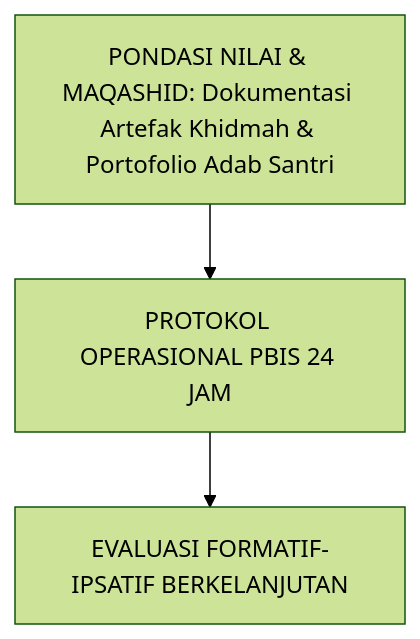
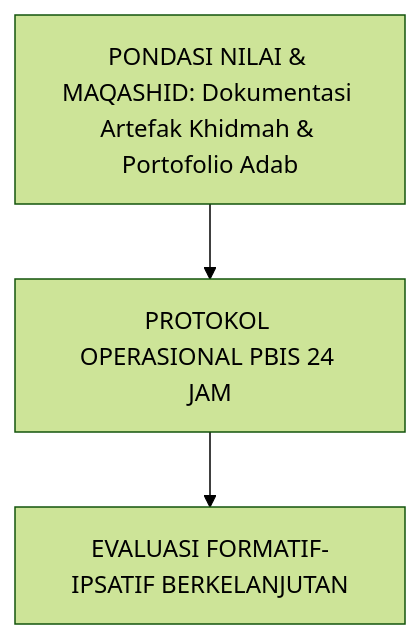
One commit to wandiapriliyandi/tumbuh changed diagram 30 of 32 in BOOK-SERIES/Volume-03/Buku-Volume-03-Sistem-Asesmen-Perkembangan-dan-Evaluasi-Berbasis-Bukti.md. Above: the diagram before and after it, drawn with Mermaid (forest theme). The commit also changed other lines of this file and 196 other files, not shown here.

````diff
--- a/BOOK-SERIES/Volume-03/Buku-Volume-03-Sistem-Asesmen-Perkembangan-dan-Evaluasi-Berbasis-Bukti.md
+++ b/BOOK-SERIES/Volume-03/Buku-Volume-03-Sistem-Asesmen-Perkembangan-dan-Evaluasi-Berbasis-Bukti.md
@@ -801,5 +970,5 @@
 ```mermaid
 graph TD
-    Tujuan["PONDASI NILAI & MAQASHID: Dokumentasi Artefak Khidmah & Portofolio Adab Santri"] --> Operasional["PROTOKOL OPERASIONAL PBIS 24 JAM"]
+    Tujuan["PONDASI NILAI & MAQASHID: Dokumentasi Artefak Khidmah & Portofolio Adab"] --> Operasional["PROTOKOL OPERASIONAL PBIS 24 JAM"]
     Operasional --> Evaluasi["EVALUASI FORMATIF-IPSATIF BERKELANJUTAN"]
 ```
````
